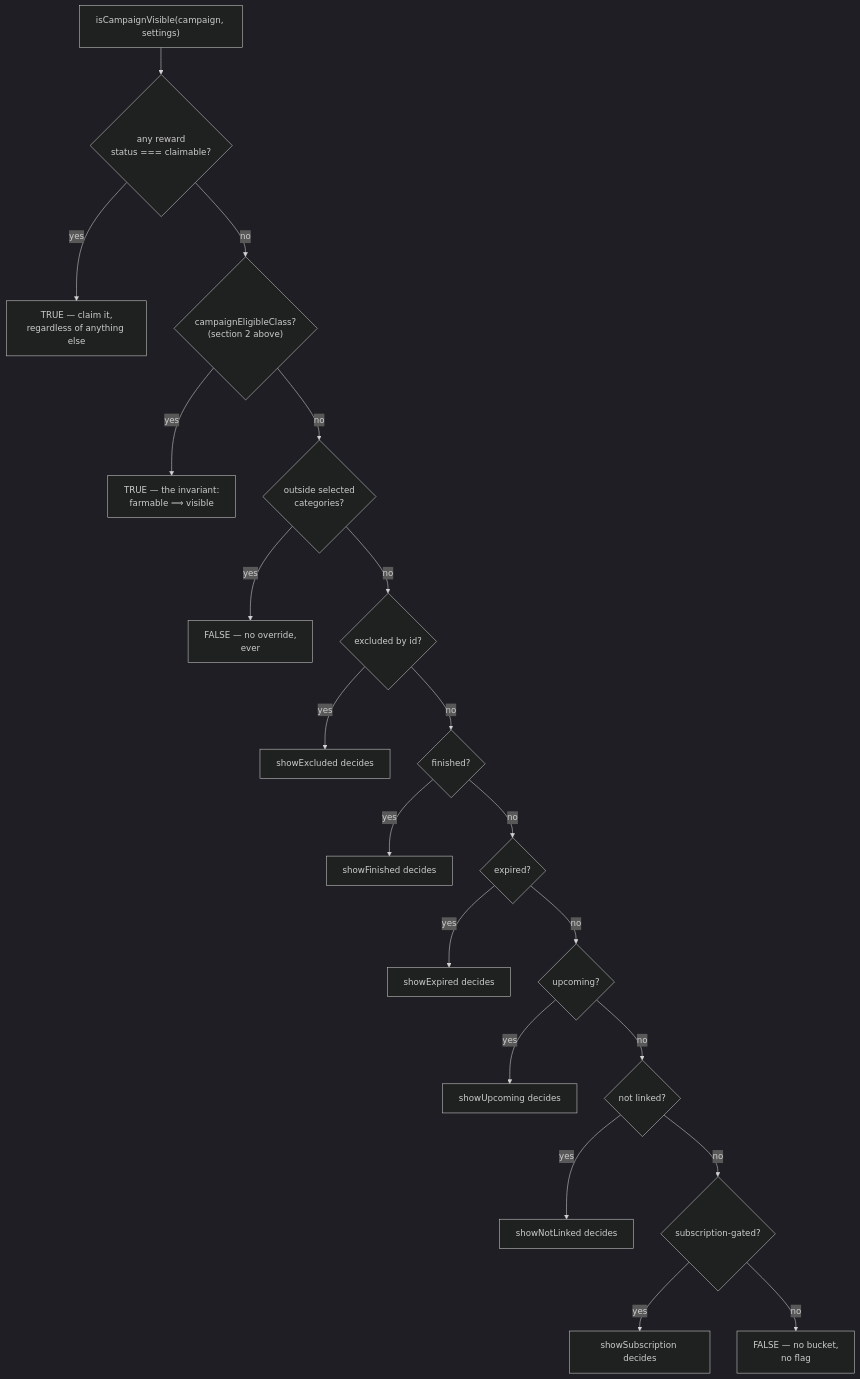
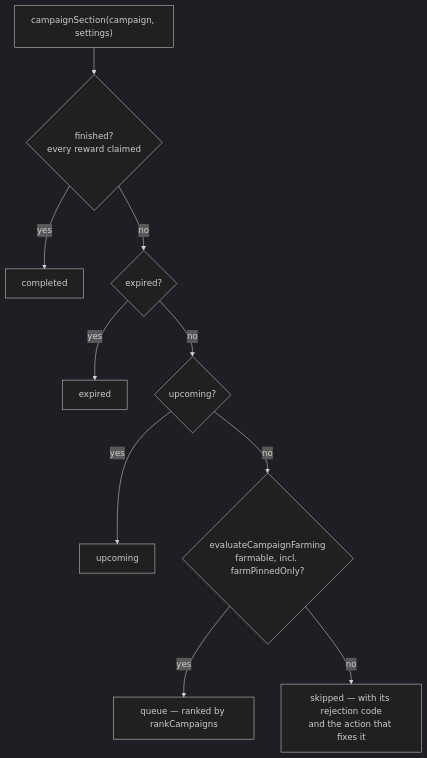
Before and after one commit to jamezrin/lurkloot: the second of 2 diagrams in docs/campaign-farmability-visibility.md, drawn with Mermaid (dark theme). The commit also changed other lines of this file and 2 other files, not shown here.

````diff
--- a/docs/campaign-farmability-visibility.md
+++ b/docs/campaign-farmability-visibility.md
@@ -71,22 +70,12 @@
 ```mermaid
 flowchart TD
-    A["isCampaignVisible(campaign, settings)"] --> B{"any reward<br/>status === claimable?"}
-    B -- yes --> Y1["TRUE — claim it,<br/>regardless of anything else"]
-    B -- no --> C{"campaignEligibleClass?<br/>(section 2 above)"}
-    C -- yes --> Y2["TRUE — the invariant:<br/>farmable ⟹ visible"]
-    C -- no --> D{"outside selected<br/>categories?"}
-    D -- yes --> N1["FALSE — no override,<br/>ever"]
-    D -- no --> E{"excluded by id?"}
-    E -- yes --> F1["showExcluded decides"]
-    E -- no --> G{"finished?"}
-    G -- yes --> F2["showFinished decides"]
-    G -- no --> H{"expired?"}
-    H -- yes --> F3["showExpired decides"]
-    H -- no --> I{"upcoming?"}
-    I -- yes --> F4["showUpcoming decides"]
-    I -- no --> J{"not linked?"}
-    J -- yes --> F5["showNotLinked decides"]
-    J -- no --> K{"subscription-gated?"}
-    K -- yes --> F6["showSubscription decides"]
-    K -- no --> N2["FALSE — no bucket,<br/>no flag"]
+    A["campaignSection(campaign, settings)"] --> B{"finished?<br/>every reward claimed"}
+    B -- yes --> S1["completed"]
+    B -- no --> C{"expired?"}
+    C -- yes --> S2["expired"]
+    C -- no --> D{"upcoming?"}
+    D -- yes --> S3["upcoming"]
+    D -- no --> E{"evaluateCampaignFarming<br/>farmable, incl. farmPinnedOnly?"}
+    E -- yes --> S4["queue — ranked by rankCampaigns"]
+    E -- no --> S5["skipped — with its rejection code<br/>and the action that fixes it"]
 ```
````
